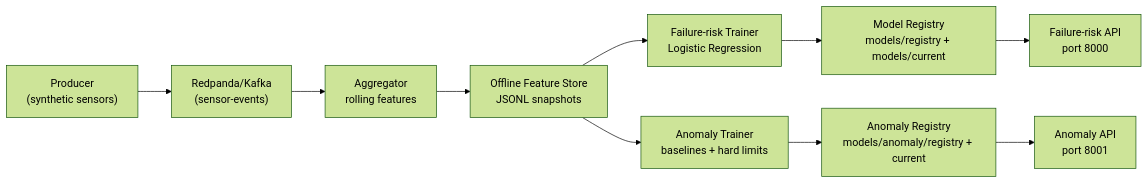
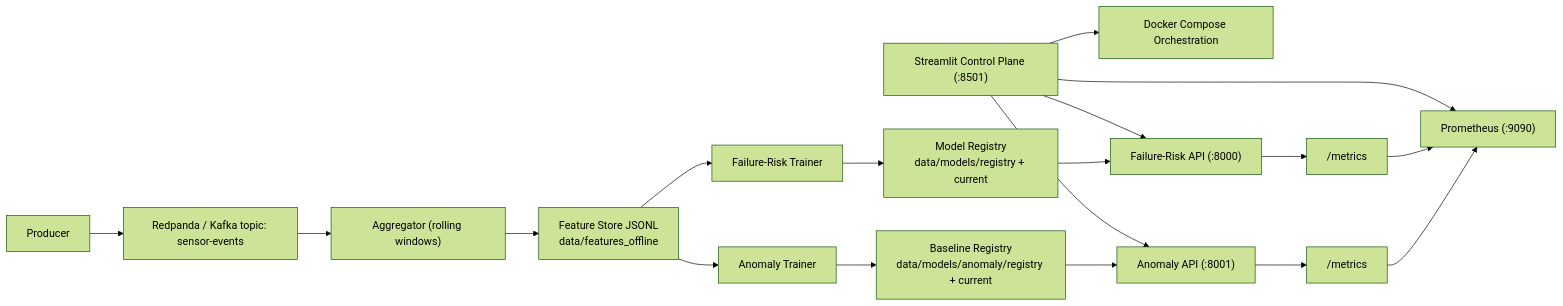
One commit to nelson960/predictive-maintenance-platform- changed the diagram in Readme.md. Above: the diagram before and after it, drawn with Mermaid (forest theme). The commit also changed other lines of this file and 19 other files, not shown here.

````diff
--- a/Readme.md
+++ b/Readme.md
@@ -27,14 +51,24 @@
 ```mermaid
 flowchart LR
-  P["Producer\n(synthetic sensors)"] --> K["Redpanda/Kafka\n(sensor-events)"]
-  K --> A["Aggregator\nrolling features"]
-  A --> F["Offline Feature Store\nJSONL snapshots"]
+  UI["Streamlit Control Plane (:8501)"] --> ORCH["Docker Compose Orchestration"]
+  UI --> FRAPI["Failure-Risk API (:8000)"]
+  UI --> ANAPI["Anomaly API (:8001)"]
+  UI --> PROM["Prometheus (:9090)"]
 
-  F --> T["Failure-risk Trainer\nLogistic Regression"]
-  T --> MR["Model Registry\nmodels/registry + models/current"]
-  MR --> MS["Failure-risk API\nport 8000"]
+  PROD["Producer"] --> K["Redpanda / Kafka topic: sensor-events"]
+  K --> AGG["Aggregator (rolling windows)"]
+  AGG --> FS["Feature Store JSONL\ndata/features_offline"]
 
-  F --> AT["Anomaly Trainer\nbaselines + hard limits"]
-  AT --> AR["Anomaly Registry\nmodels/anomaly/registry + current"]
-  AR --> AS["Anomaly API\nport 8001"]
+  FS --> FRT["Failure-Risk Trainer"]
+  FRT --> FRM["Model Registry\ndata/models/registry + current"]
+  FRM --> FRAPI
+
+  FS --> ANT["Anomaly Trainer"]
+  ANT --> ANM["Baseline Registry\ndata/models/anomaly/registry + current"]
+  ANM --> ANAPI
+
+  FRAPI --> MFR["/metrics"]
+  ANAPI --> MAN["/metrics"]
+  MFR --> PROM
+  MAN --> PROM
 ```
````
